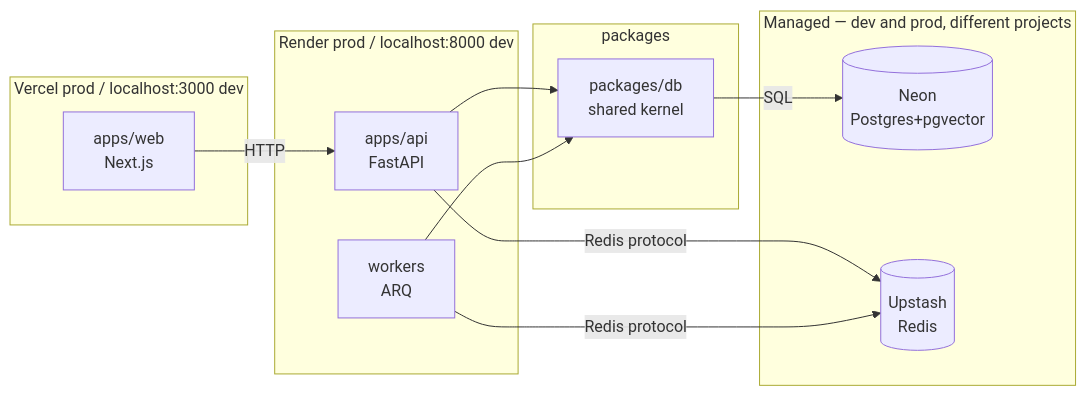
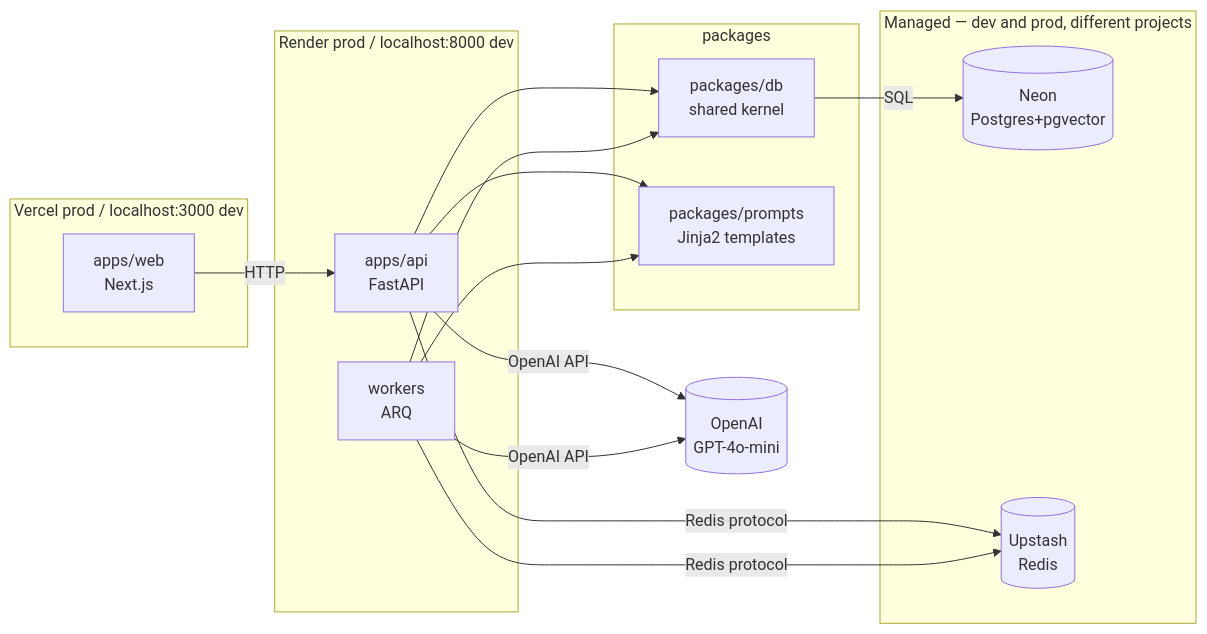
Before and after one commit to Aman-vijay/repolens: the diagram in docs/architecture.md, drawn with Mermaid. The commit also changed other lines of this file and 55 other files, not shown here.

Commit message:
Polish Milestone 8: Fix test import NameError, resolve vitest vs playwright path search issues, and align searcher test calls with DB model schemas

````diff
--- a/docs/architecture.md
+++ b/docs/architecture.md
@@ -11,23 +15,28 @@
 ```mermaid
 flowchart LR
   subgraph "Vercel prod / localhost:3000 dev"
     Web[apps/web<br/>Next.js]
   end
   subgraph "Render prod / localhost:8000 dev"
     API[apps/api<br/>FastAPI]
     W[workers<br/>ARQ]
   end
   subgraph packages
     DBK[packages/db<br/>shared kernel]
+    PRM[packages/prompts<br/>Jinja2 templates]
   end
   subgraph "Managed — dev and prod, different projects"
     PG[(Neon<br/>Postgres+pgvector)]
     RD[(Upstash<br/>Redis)]
   end
   Web -->|HTTP| API
   API --> DBK
+  API --> PRM
   W --> DBK
+  W --> PRM
   DBK -->|SQL| PG
   API -->|Redis protocol| RD
   W -->|Redis protocol| RD
+  API -->|OpenAI API| OpenAI[(OpenAI<br/>GPT-4o-mini)]
+  W -->|OpenAI API| OpenAI
 ```
````
